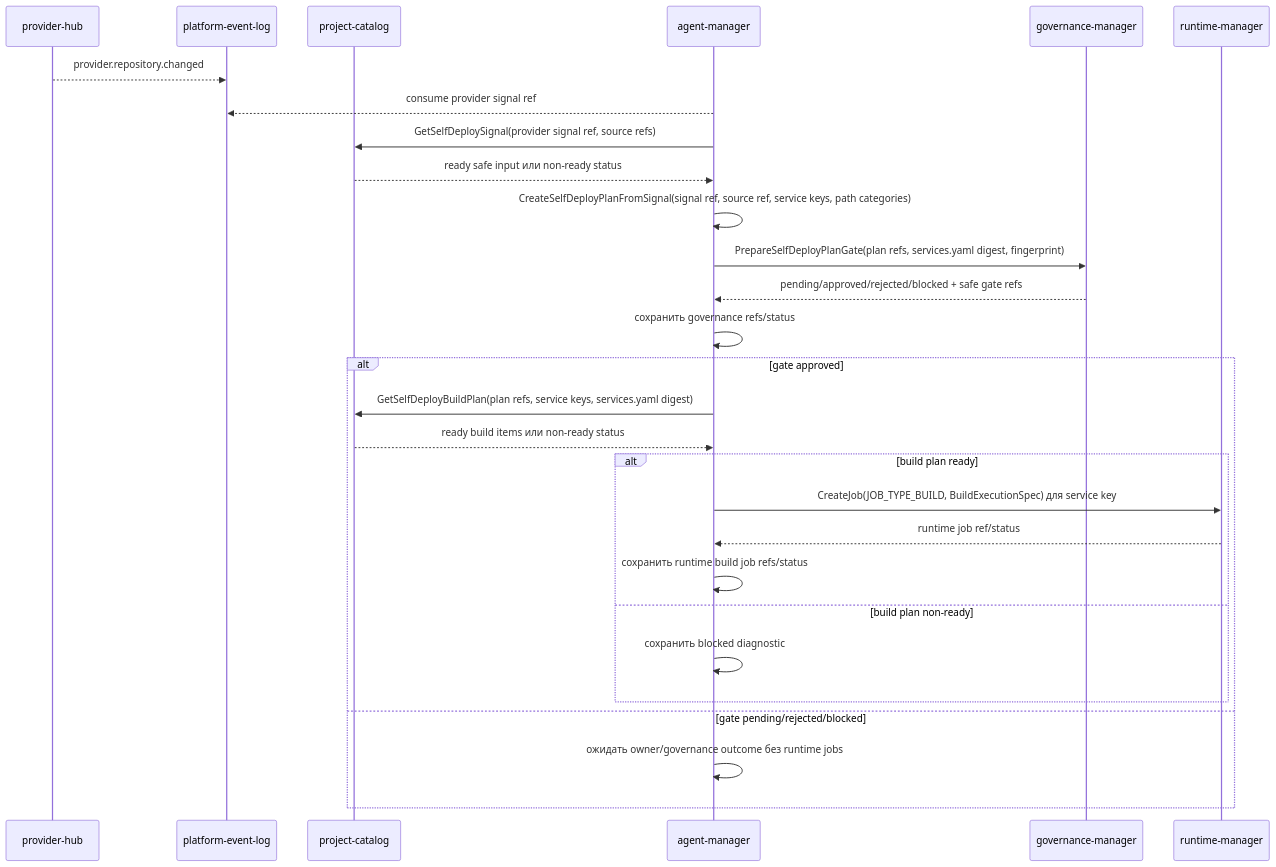
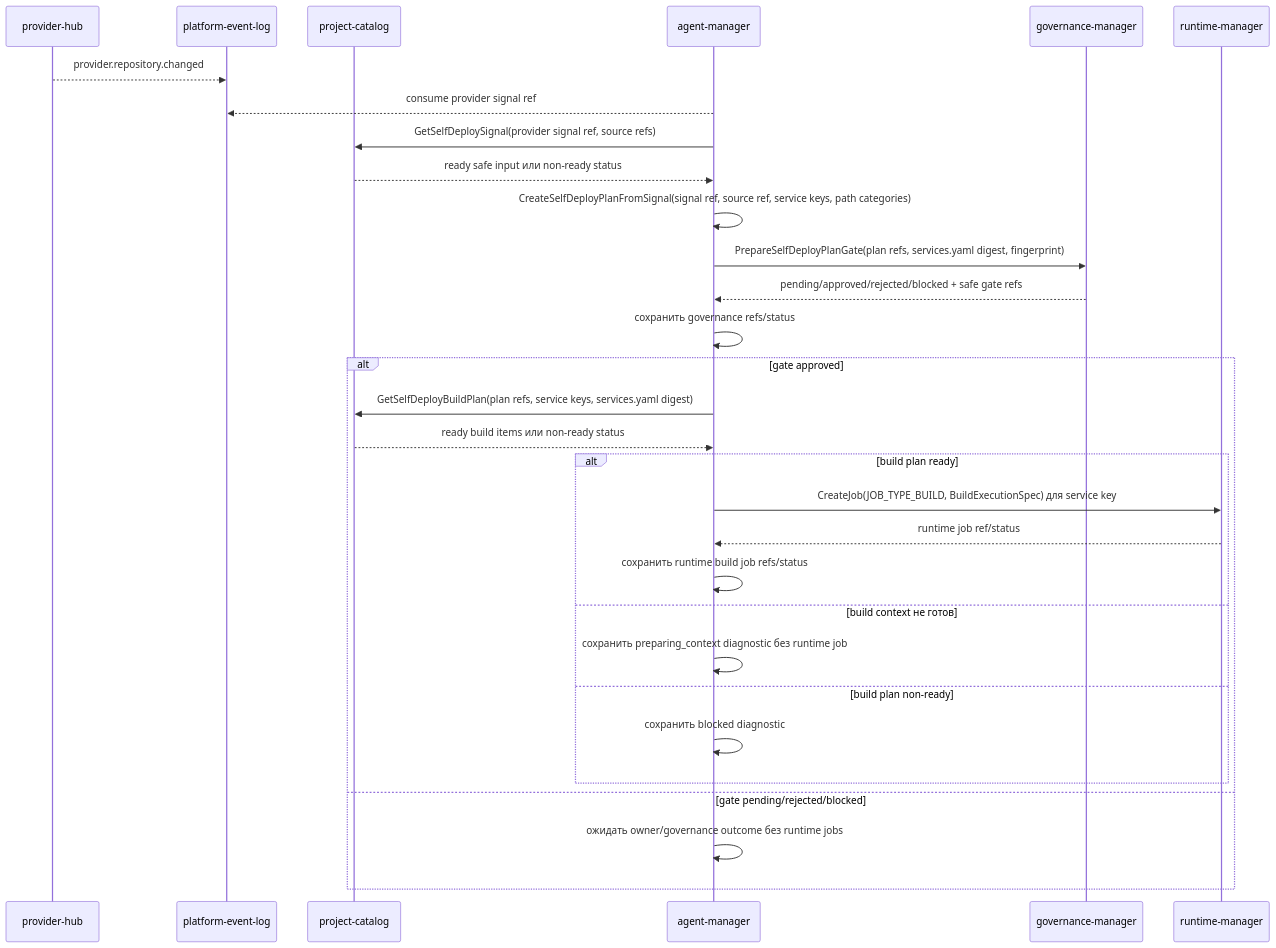
The third of 4 diagrams in docs/domains/agent-orchestration/architecture/design.md (codex-k8s/kodex), drawn with Mermaid before and after one commit. The commit also changed other lines of this file and 11 other files, not shown here.

````diff
--- a/docs/domains/agent-orchestration/architecture/design.md
+++ b/docs/domains/agent-orchestration/architecture/design.md
@@ -135,30 +135,32 @@
 ```mermaid
 sequenceDiagram
   participant Provider as provider-hub
   participant Log as platform-event-log
   participant PC as project-catalog
   participant AM as agent-manager
   participant GOV as governance-manager
   participant R as runtime-manager
   Provider-->>Log: provider.repository.changed
   AM-->>Log: consume provider signal ref
   AM->>PC: GetSelfDeploySignal(provider signal ref, source refs)
   PC-->>AM: ready safe input или non-ready status
   AM->>AM: CreateSelfDeployPlanFromSignal(signal ref, source ref, service keys, path categories)
   AM->>GOV: PrepareSelfDeployPlanGate(plan refs, services.yaml digest, fingerprint)
   GOV-->>AM: pending/approved/rejected/blocked + safe gate refs
   AM->>AM: сохранить governance refs/status
   alt gate approved
     AM->>PC: GetSelfDeployBuildPlan(plan refs, service keys, services.yaml digest)
     PC-->>AM: ready build items или non-ready status
     alt build plan ready
       AM->>R: CreateJob(JOB_TYPE_BUILD, BuildExecutionSpec) для service key
       R-->>AM: runtime job ref/status
       AM->>AM: сохранить runtime build job refs/status
+    else build context не готов
+      AM->>AM: сохранить preparing_context diagnostic без runtime job
     else build plan non-ready
       AM->>AM: сохранить blocked diagnostic
     end
   else gate pending/rejected/blocked
     AM->>AM: ожидать owner/governance outcome без runtime jobs
   end
 ```
````
